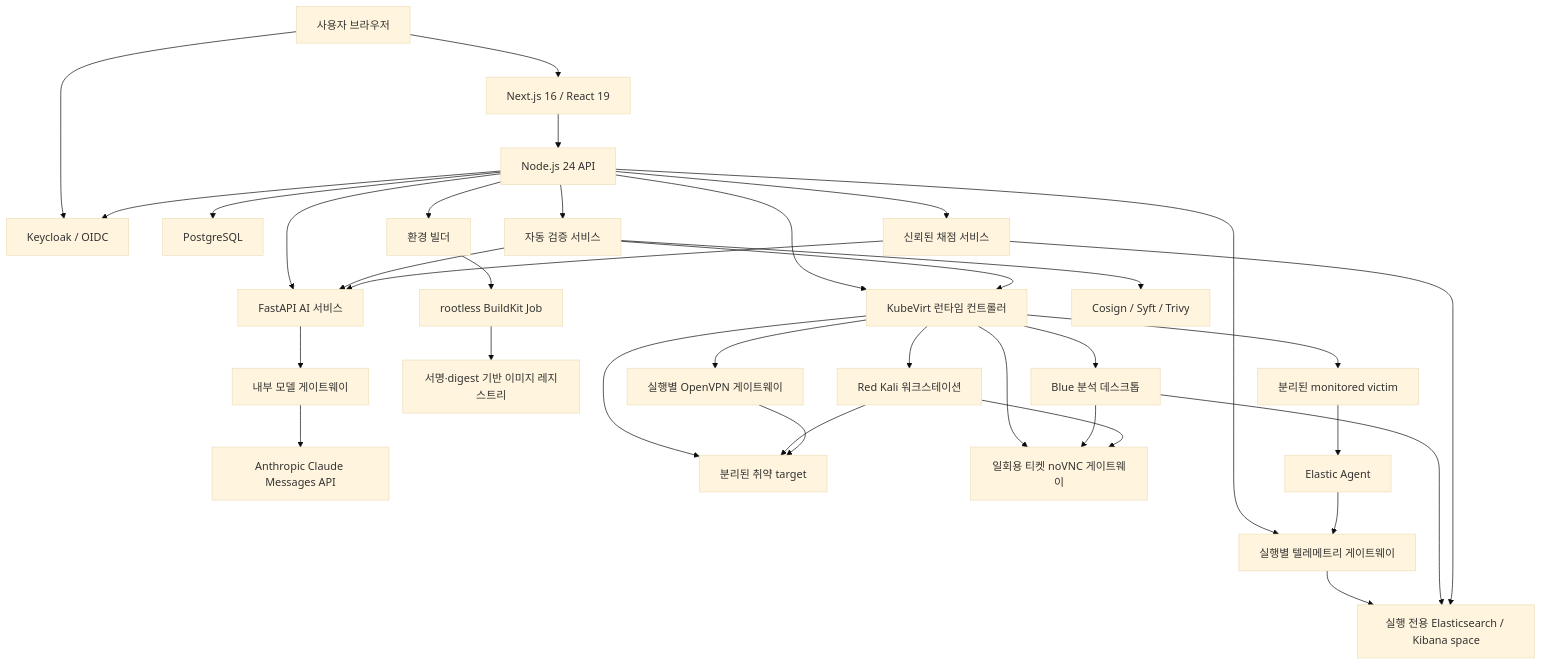
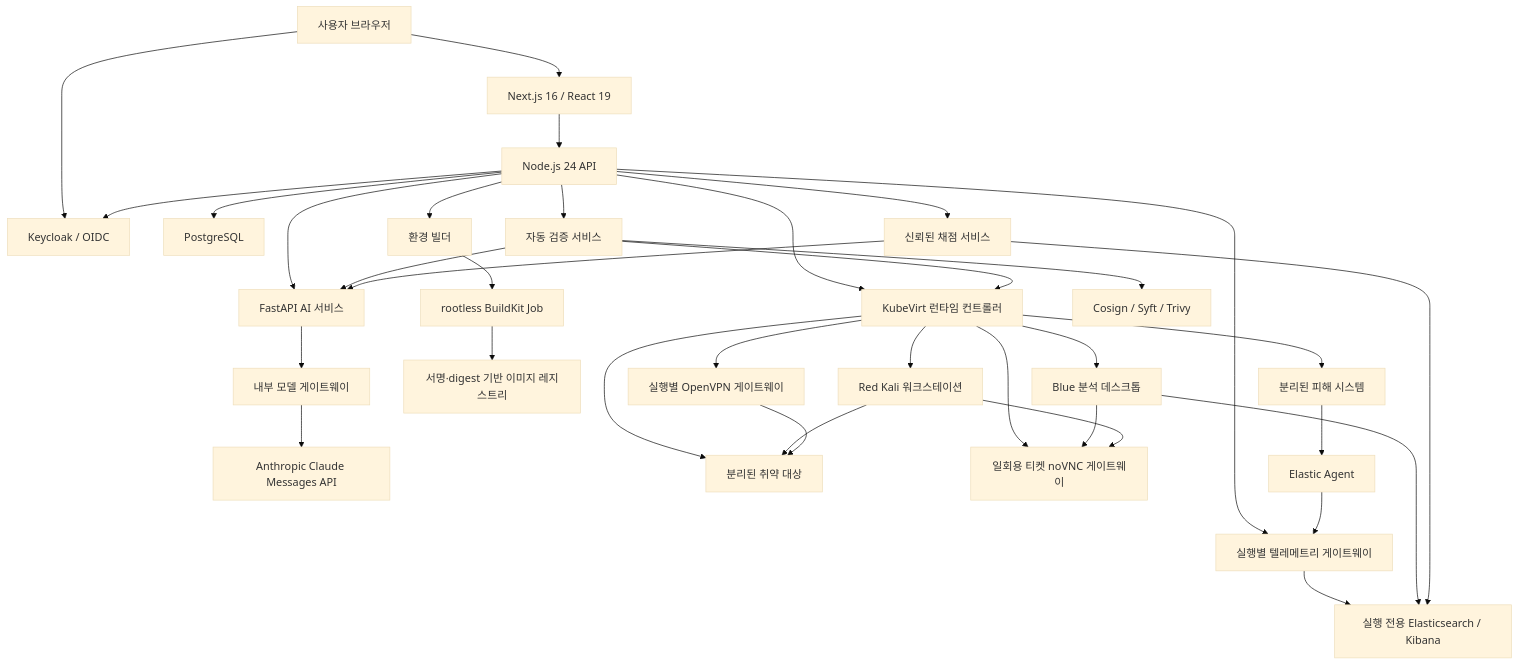
Before and after one commit to ijuns/zerotop: the first of 3 diagrams in docs/architecture.md, drawn with Mermaid (base theme). The commit also changed other lines of this file and 6 other files, not shown here.

````diff
--- a/docs/architecture.md
+++ b/docs/architecture.md
@@ -5,39 +5,39 @@
 ```mermaid
 flowchart TB
     Browser["사용자 브라우저"] --> Web["Next.js 16 / React 19"]
     Web --> API["Node.js 24 API"]
     Browser --> IdP["Keycloak / OIDC"]
     API --> IdP
     API --> DB["PostgreSQL"]
     API --> AI["FastAPI AI 서비스"]
     AI --> ModelGateway["내부 모델 게이트웨이"]
     ModelGateway --> Claude["Anthropic Claude Messages API"]
     API --> Builder["환경 빌더"]
     API --> Validator["자동 검증 서비스"]
     API --> Runtime["KubeVirt 런타임 컨트롤러"]
     API --> Telemetry["실행별 텔레메트리 게이트웨이"]
     API --> Grader["신뢰된 채점 서비스"]
 
     Builder --> BuildKit["rootless BuildKit Job"]
     BuildKit --> Registry["서명·digest 기반 이미지 레지스트리"]
     Validator --> Supply["Cosign / Syft / Trivy"]
     Validator --> Runtime
     Validator --> AI
 
     Runtime --> BlueDesktop["Blue 분석 데스크톱"]
-    Runtime --> Victim["분리된 monitored victim"]
+    Runtime --> Victim["분리된 피해 시스템"]
     Runtime --> RedKali["Red Kali 워크스테이션"]
-    Runtime --> Target["분리된 취약 target"]
+    Runtime --> Target["분리된 취약 대상"]
     Runtime --> Desktop["일회용 티켓 noVNC 게이트웨이"]
     Runtime --> VPN["실행별 OpenVPN 게이트웨이"]
     BlueDesktop --> Desktop
     RedKali --> Desktop
     Victim --> Agent["Elastic Agent"]
     Agent --> Telemetry
-    Telemetry --> ELK["실행 전용 Elasticsearch / Kibana space"]
+    Telemetry --> ELK["실행 전용 Elasticsearch / Kibana"]
     BlueDesktop --> ELK
     RedKali --> Target
     VPN --> Target
     Grader --> ELK
     Grader --> AI
 ```
````
